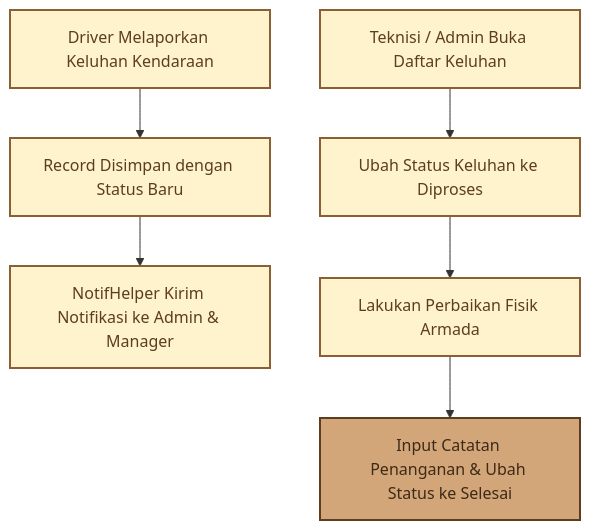
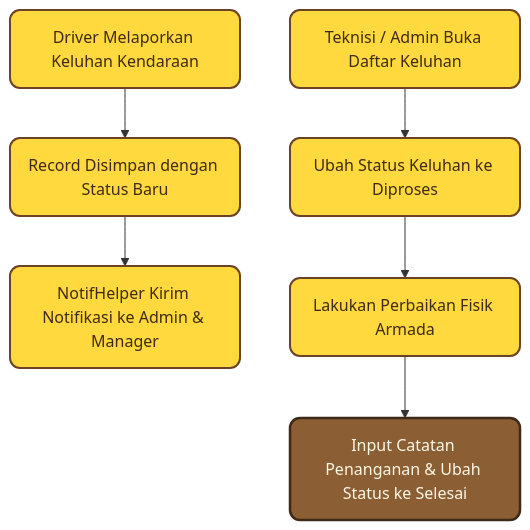
Before and after one commit to nazwasalsabila181718-droid/manajemen_perawatan: the eighth of 13 diagrams in docs/DOKUMENTASI_MODULE_SISTEM.md, drawn with Mermaid. The commit also changed other lines of this file, not shown here.

Commit message:
style: modernisasi diagram mermaid dengan tema kuning cerah rounded

````diff
--- a/docs/DOKUMENTASI_MODULE_SISTEM.md
+++ b/docs/DOKUMENTASI_MODULE_SISTEM.md
@@ -218,14 +230,14 @@
 ```mermaid
 flowchart TD
-    classDef default fill:#FFF3CD,stroke:#8B5E34,stroke-width:2px,color:#5C3D1F;
-    classDef highlight fill:#D2A679,stroke:#5C3D1F,stroke-width:2px,color:#3E2A17;
+    A(Driver Melaporkan Keluhan Kendaraan) --> B(Record Disimpan dengan Status Baru)
+    B --> C(NotifHelper Kirim Notifikasi ke Admin & Manager)
+    D(Teknisi / Admin Buka Daftar Keluhan) --> E(Ubah Status Keluhan ke Diproses)
+    E --> F(Lakukan Perbaikan Fisik Armada)
+    F --> G(Input Catatan Penanganan & Ubah Status ke Selesai)
 
-    A[Driver Melaporkan Keluhan Kendaraan] --> B[Record Disimpan dengan Status Baru]
-    B --> C[NotifHelper Kirim Notifikasi ke Admin & Manager]
-    D[Teknisi / Admin Buka Daftar Keluhan] --> E[Ubah Status Keluhan ke Diproses]
-    E --> F[Lakukan Perbaikan Fisik Armada]
-    F --> G[Input Catatan Penanganan & Ubah Status ke Selesai]
+    classDef default fill:#FFD93D,stroke:#6B4226,stroke-width:2px,color:#3E2A17,rx:10,ry:10;
+    classDef highlight fill:#8B5E34,stroke:#3E2A17,stroke-width:2.5px,color:#FFF8E7,rx:10,ry:10;
 
     class A,B,C,D,E,F default;
     class G highlight;
 ```
````
